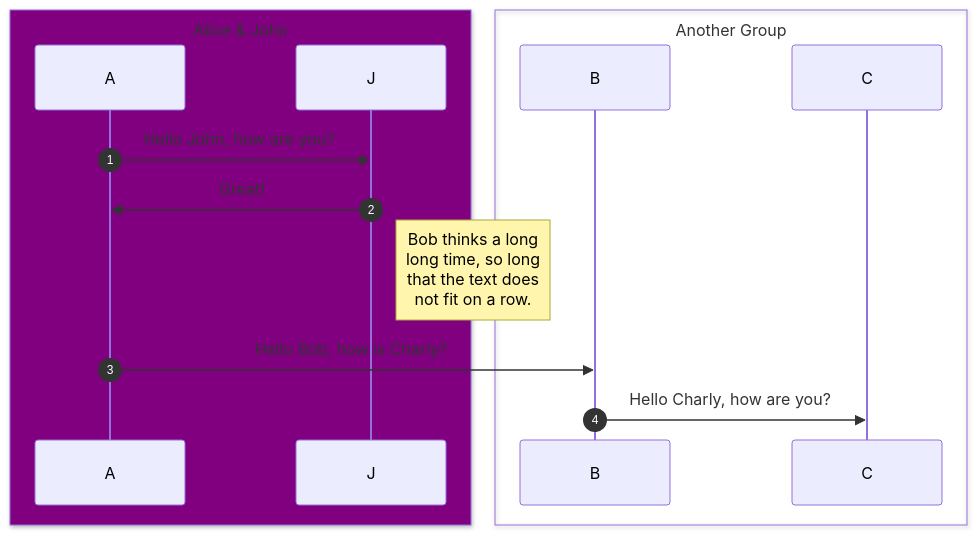
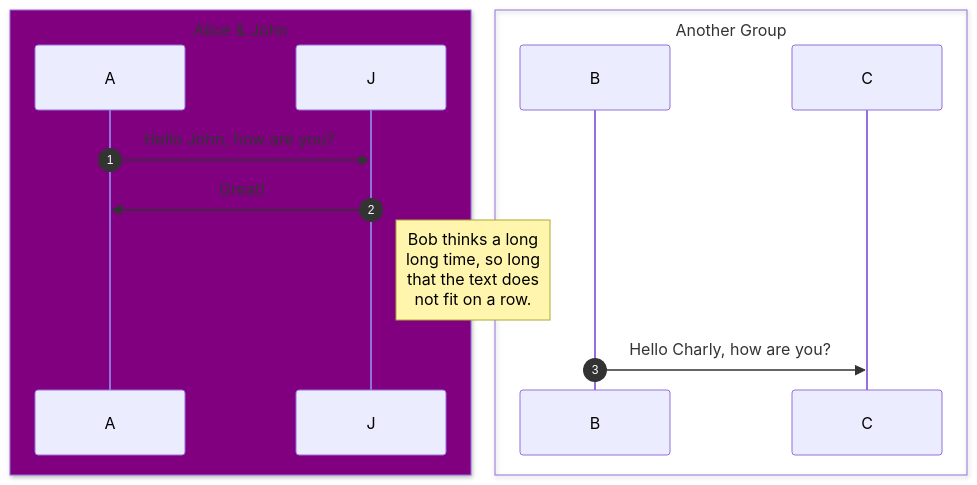
One commit to jtaverne/ovh changed the second of 2 diagrams in tls_1.3.md. Above: the diagram before and after it, drawn with Mermaid.

````diff
--- a/tls_1.3.md
+++ b/tls_1.3.md
@@ -19,17 +19,17 @@
 ```mermaid
 sequenceDiagram
     autonumber
     box Purple Alice & John
     participant A
     participant J
     end
     box Another Group
     participant B
     participant C
     end
     A->>J: Hello John, how are you?
     J->>A: Great!
 Note right of J: Bob thinks a long<br/>long time, so long<br/>that the text does<br/>not fit on a row.
-    A->>B: Hello Bob, how is Charly?
+   
     B->>C: Hello Charly, how are you?
 ```
````
